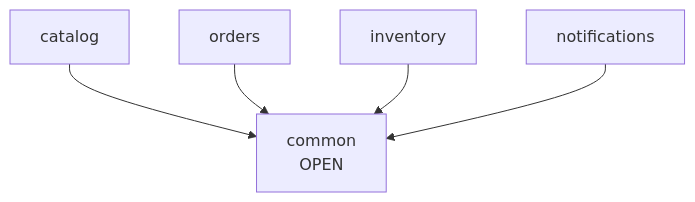
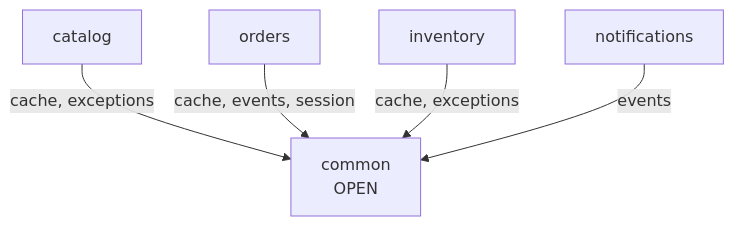
The fourth of 4 diagrams in docs/deepwiki/Common-Module.md (philipz/spring-modular-monolith), drawn with Mermaid before and after one commit. The commit also changed other lines of this file and 55 other files, not shown here.

````diff
--- a/docs/deepwiki/Common-Module.md
+++ b/docs/deepwiki/Common-Module.md
@@ -315,14 +315,14 @@
 ```mermaid
 flowchart TD
 
 Common["common<br>OPEN"]
 Catalog["catalog"]
 Orders["orders"]
 Inventory["inventory"]
 Notifications["notifications"]
 
-Catalog --> Common
-Orders --> Common
-Inventory --> Common
-Notifications --> Common
+Catalog -->|"cache, exceptions"| Common
+Orders -->|"cache, events, session"| Common
+Inventory -->|"cache, exceptions"| Common
+Notifications -->|"events"| Common
 ```
````
